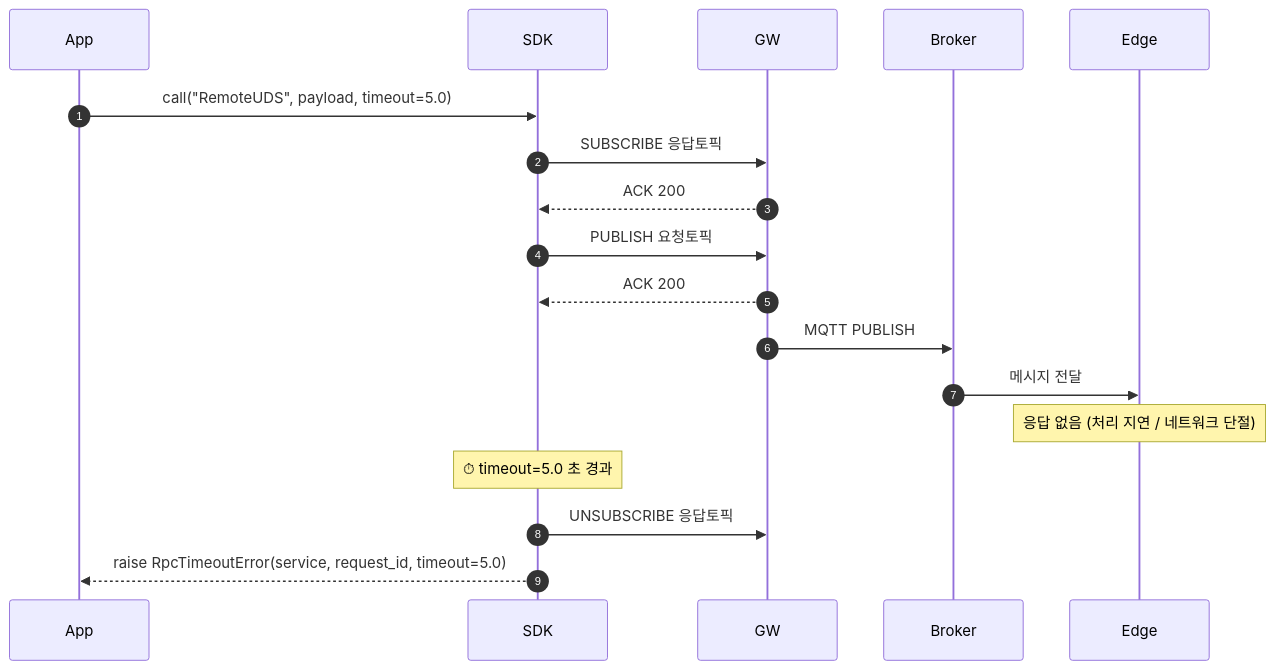
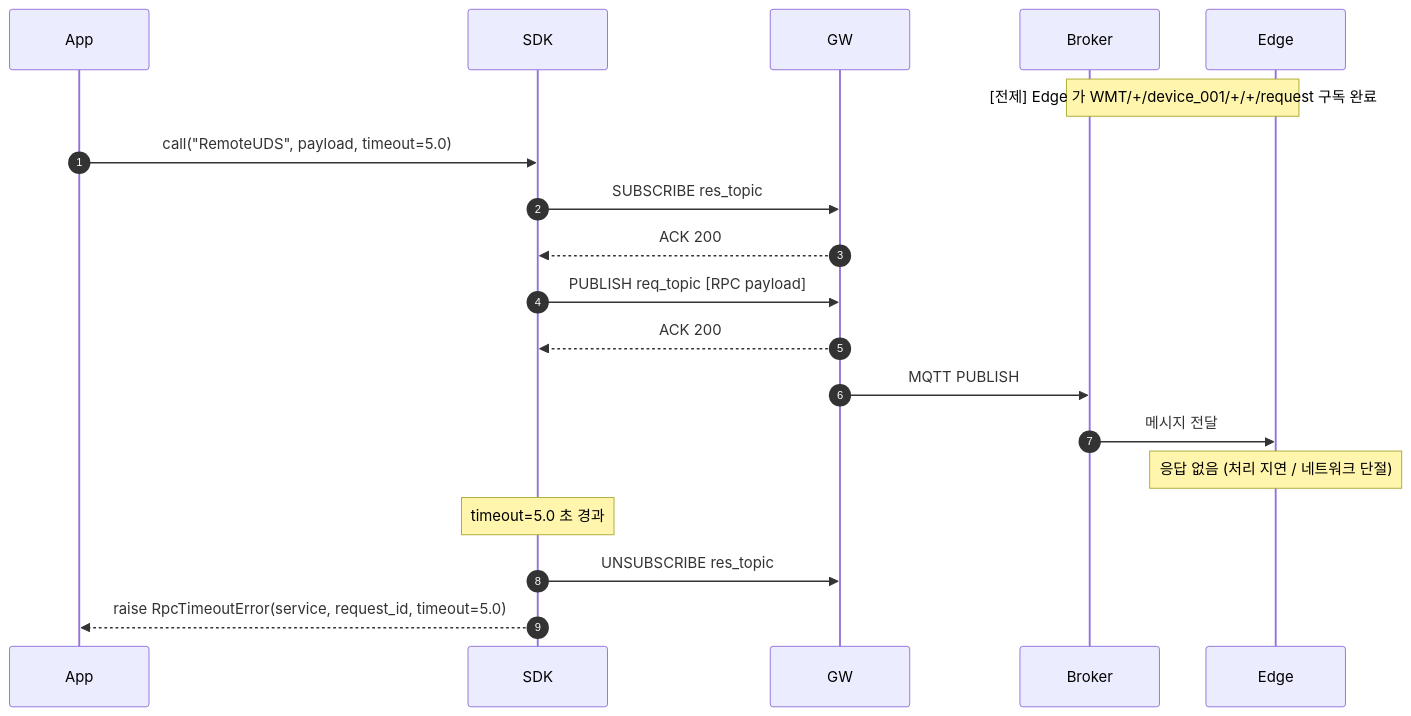
One commit to DongEunKim/MQTT-WSS-API changed the fourth of 12 diagrams in docs/RPC_SEQUENCE_DIAGRAMS.md. Above: the diagram before and after it, drawn with Mermaid. The commit also changed other lines of this file, not shown here.

First line of the commit message:
docs: 시퀀스 다이어그램 시인성 개선 및 모든 패턴에 Edge 사전 구독 전제 추가

````diff
--- a/docs/RPC_SEQUENCE_DIAGRAMS.md
+++ b/docs/RPC_SEQUENCE_DIAGRAMS.md
@@ -182,23 +191,25 @@
 ```mermaid
 sequenceDiagram
     autonumber
     participant App
     participant SDK
     participant GW
     participant Broker
     participant Edge
 
+    Note over Edge,Broker: [전제] Edge 가 WMT/+/device_001/+/+/request 구독 완료
+
     App->>SDK: call("RemoteUDS", payload, timeout=5.0)
-    SDK->>GW: SUBSCRIBE 응답토픽
+    SDK->>GW: SUBSCRIBE res_topic
     GW-->>SDK: ACK 200
-    SDK->>GW: PUBLISH 요청토픽
+    SDK->>GW: PUBLISH req_topic [RPC payload]
     GW-->>SDK: ACK 200
     GW->>Broker: MQTT PUBLISH
     Broker->>Edge: 메시지 전달
 
     Note over Edge: 응답 없음 (처리 지연 / 네트워크 단절)
-    Note over SDK: ⏱ timeout=5.0 초 경과
+    Note over SDK: timeout=5.0 초 경과
 
-    SDK->>GW: UNSUBSCRIBE 응답토픽
+    SDK->>GW: UNSUBSCRIBE res_topic
     SDK-->>App: raise RpcTimeoutError(service, request_id, timeout=5.0)
 ```
````
